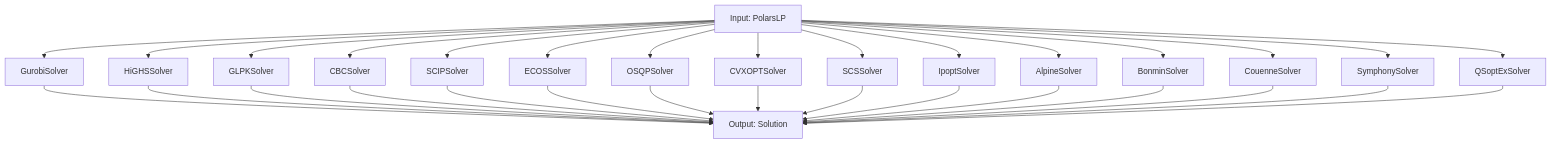
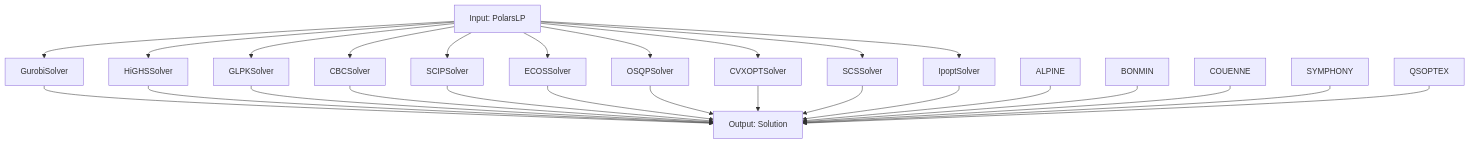
Before and after one commit to Oyhs-co/ISLA-LP-Benchmark: diagram 11 of 35 in README.md, drawn with Mermaid. The commit also changed other lines of this file and 21 other files, not shown here.

````diff
--- a/README.md
+++ b/README.md
@@ -1279,36 +1242,31 @@
 ```mermaid
 flowchart TB
     INP["Input: PolarsLP"] --> GUROBI["GurobiSolver"]
     INP --> HIGHS["HiGHSSolver"]
     INP --> GLPK["GLPKSolver"]
     INP --> CBC["CBCSolver"]
     INP --> SCIP["SCIPSolver"]
     INP --> ECOS["ECOSSolver"]
     INP --> OSQP["OSQPSolver"]
     INP --> CVXOPT["CVXOPTSolver"]
     INP --> SCS["SCSSolver"]
     INP --> IPOPT["IpoptSolver"]
-    INP --> ALPINE["AlpineSolver"]
-    INP --> BONMIN["BonminSolver"]
-    INP --> COUENNE["CouenneSolver"]
-    INP --> SYMPHONY["SymphonySolver"]
-    INP --> QSOPTEX["QSoptExSolver"]
     
     GUROBI --> OUT
     HIGHS --> OUT
     GLPK --> OUT
     CBC --> OUT
     SCIP --> OUT
     ECOS --> OUT
     OSQP --> OUT
     CVXOPT --> OUT
     SCS --> OUT
     IPOPT --> OUT
     ALPINE --> OUT
     BONMIN --> OUT
     COUENNE --> OUT
     SYMPHONY --> OUT
     QSOPTEX --> OUT
     
     OUT["Output: Solution"]
 ```
````
